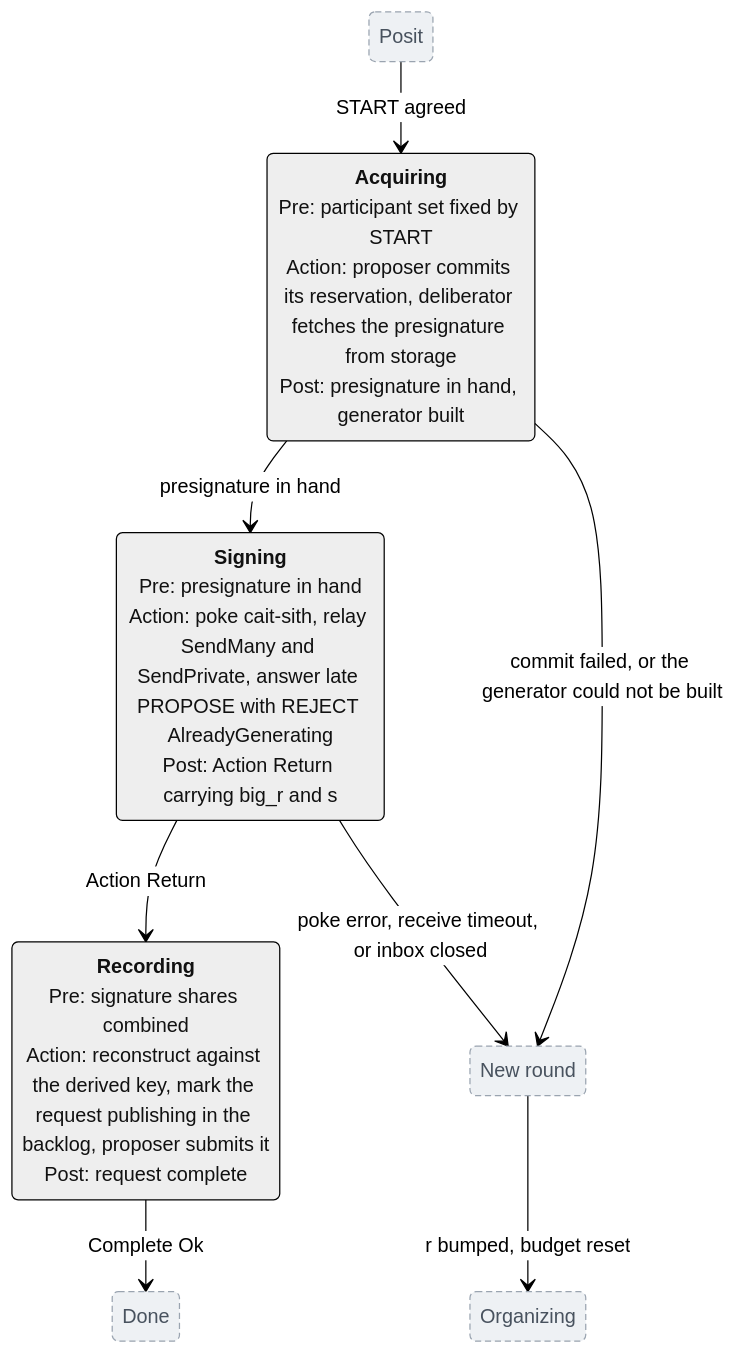
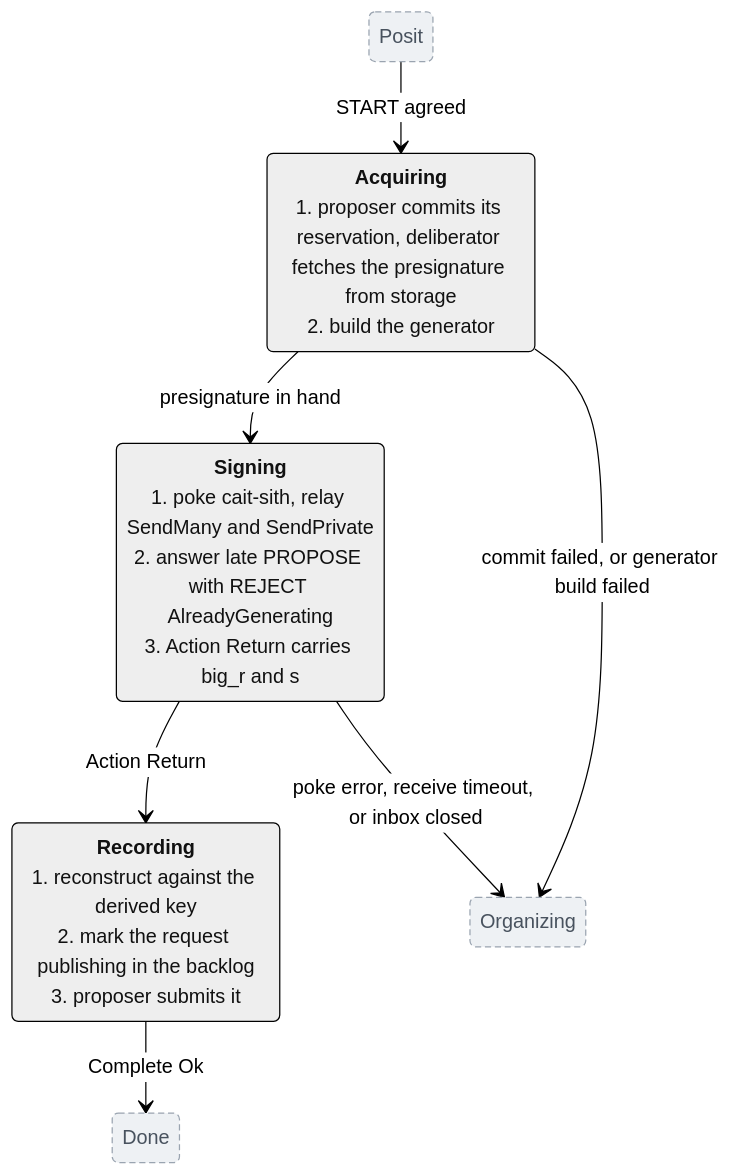
One commit to sig-net/mpc changed the fourth of 5 diagrams in doc/posit_state_machine.md. Above: the diagram before and after it, drawn with Mermaid (neutral theme). The commit also changed other lines of this file, not shown here.

First line of the commit message:
docs: number the posit state steps and drop budget wording

````diff
--- a/doc/posit_state_machine.md
+++ b/doc/posit_state_machine.md
@@ -155,23 +146,21 @@
 ```mermaid
 stateDiagram-v2
-    state "<b>Acquiring</b><br/>Pre: participant set fixed by START<br/>Action: proposer commits its reservation, deliberator fetches the presignature from storage<br/>Post: presignature in hand, generator built" as Acquiring
-    state "<b>Signing</b><br/>Pre: presignature in hand<br/>Action: poke cait-sith, relay SendMany and SendPrivate, answer late PROPOSE with REJECT AlreadyGenerating<br/>Post: Action Return carrying big_r and s" as Signing
-    state "<b>Recording</b><br/>Pre: signature shares combined<br/>Action: reconstruct against the derived key, mark the request publishing in the backlog, proposer submits it<br/>Post: request complete" as Recording
+    state "<b>Acquiring</b><br/>1. proposer commits its reservation, deliberator fetches the presignature from storage<br/>2. build the generator" as Acquiring
+    state "<b>Signing</b><br/>1. poke cait-sith, relay SendMany and SendPrivate<br/>2. answer late PROPOSE with REJECT AlreadyGenerating<br/>3. Action Return carries big_r and s" as Signing
+    state "<b>Recording</b><br/>1. reconstruct against the derived key<br/>2. mark the request publishing in the backlog<br/>3. proposer submits it" as Recording
     state "Posit" as PositIn
     state "Done" as DoneOut
-    state "New round" as AbortOut
     state "Organizing" as OrgOut
 
     PositIn --> Acquiring: START agreed
 
     Acquiring --> Signing: presignature in hand
     Signing --> Recording: Action Return
     Recording --> DoneOut: Complete Ok
 
-    Acquiring --> AbortOut: commit failed, or the generator could not be built
-    Signing --> AbortOut: poke error, receive timeout, or inbox closed
-    AbortOut --> OrgOut: r bumped, budget reset
+    Acquiring --> OrgOut: commit failed, or generator build failed
+    Signing --> OrgOut: poke error, receive timeout, or inbox closed
 
     classDef outside fill:#eef1f4,stroke:#9aa4b0,color:#48525e,stroke-dasharray:5 3
-    class PositIn,DoneOut,AbortOut,OrgOut outside
+    class PositIn,DoneOut,OrgOut outside
 ```
````
